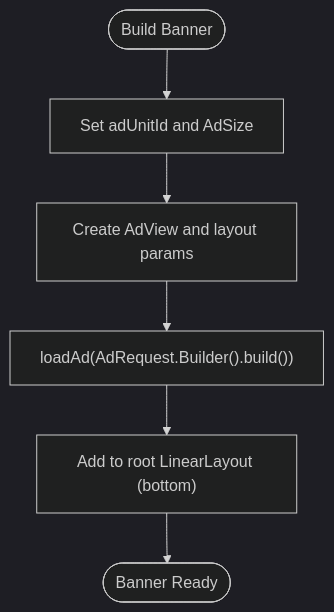
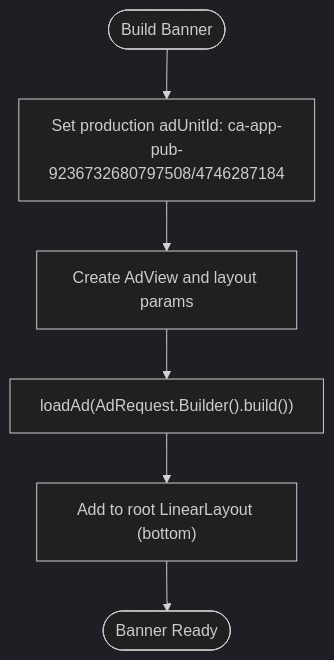
One commit to chetanck03/games changed the third of 6 diagrams in .qoder/repowiki/en/content/AdMob Integration/AdMob Integration.md. Above: the diagram before and after it, drawn with Mermaid (dark theme). The commit also changed other lines of this file and 5 other files, not shown here.

First line of the commit message:
docs(admob): update integration to use production ad unit IDs

````diff
--- a/.qoder/repowiki/en/content/AdMob Integration/AdMob Integration.md
+++ b/.qoder/repowiki/en/content/AdMob Integration/AdMob Integration.md
@@ -120,8 +127,8 @@
 ```mermaid
 flowchart TD
-Start(["Build Banner"]) --> SetUnit["Set adUnitId and AdSize"]
+Start(["Build Banner"]) --> SetUnit["Set production adUnitId: ca-app-pub-9236732680797508/4746287184"]
 SetUnit --> CreateView["Create AdView and layout params"]
 CreateView --> LoadAd["loadAd(AdRequest.Builder().build())"]
 LoadAd --> PlaceInUI["Add to root LinearLayout (bottom)"]
 PlaceInUI --> End(["Banner Ready"])
 ```
````
